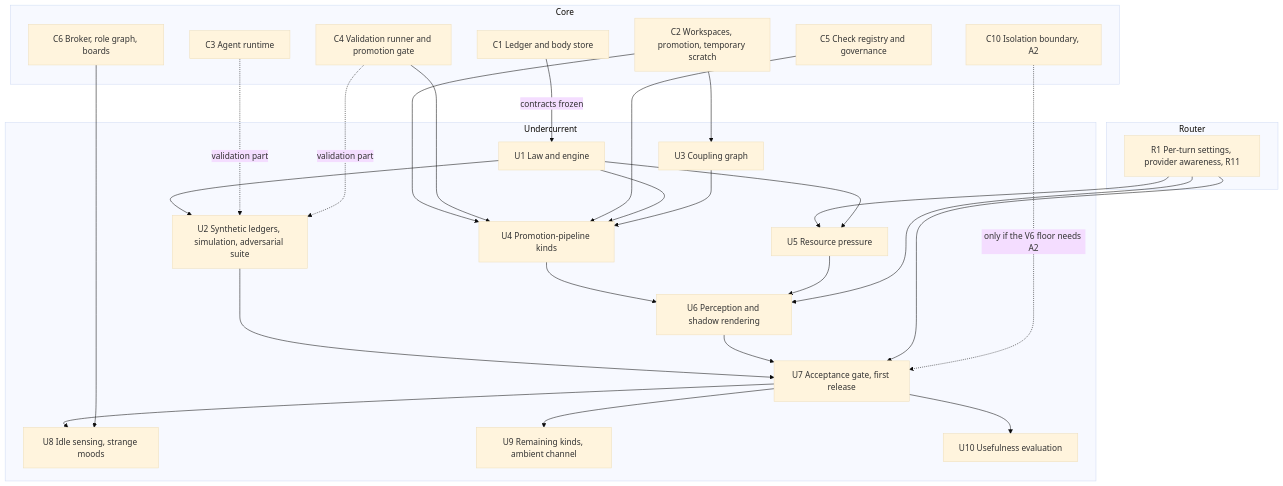
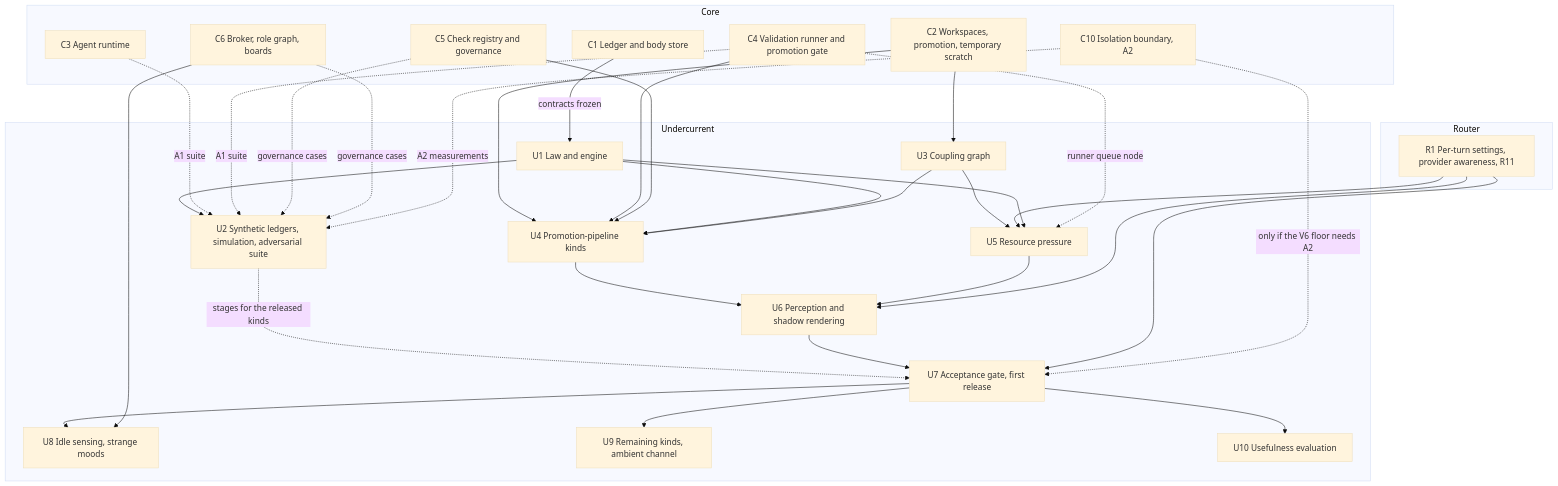
Before and after one commit to Darius-PJ/dwarf-harness: the diagram in docs/ROADMAP-UNDERCURRENT.md, drawn with Mermaid (base theme). The commit also changed other lines of this file and 4 other files, not shown here.

First line of the commit message:
docs: fix cross-roadmap dependencies and stop points found in review

````diff
--- a/docs/ROADMAP-UNDERCURRENT.md
+++ b/docs/ROADMAP-UNDERCURRENT.md
@@ -68,48 +68,53 @@
 ```mermaid
 flowchart TD
   subgraph Core
     C1[C1 Ledger and body store]
     C2[C2 Workspaces, promotion, temporary scratch]
     C3[C3 Agent runtime]
     C4[C4 Validation runner and promotion gate]
     C5[C5 Check registry and governance]
     C6[C6 Broker, role graph, boards]
     C10[C10 Isolation boundary, A2]
   end
   subgraph Router
     R1[R1 Per-turn settings, provider awareness, R11]
   end
   subgraph Undercurrent
     U1[U1 Law and engine] --> U2[U2 Synthetic ledgers, simulation, adversarial suite]
     U3[U3 Coupling graph]
     U4[U4 Promotion-pipeline kinds]
     U5[U5 Resource pressure]
     U6[U6 Perception and shadow rendering]
     U7[U7 Acceptance gate, first release]
     U8[U8 Idle sensing, strange moods]
     U9[U9 Remaining kinds, ambient channel]
     U10[U10 Usefulness evaluation]
   end
   C1 -->|contracts frozen| U1
-  C3 -.->|validation part| U2
-  C4 -.->|validation part| U2
+  C3 -.->|A1 suite| U2
+  C4 -.->|A1 suite| U2
+  C5 -.->|governance cases| U2
+  C6 -.->|governance cases| U2
+  C10 -.->|A2 measurements| U2
   C2 --> U3
   C2 --> U4
   C4 --> U4
   C5 --> U4
   U1 --> U4
   U3 --> U4
+  U3 --> U5
   R1 --> U5
   U1 --> U5
+  C4 -.->|runner queue node| U5
   U4 --> U6
   U5 --> U6
   R1 --> U6
-  U2 --> U7
+  U2 -.->|stages for the released kinds| U7
   U6 --> U7
   R1 --> U7
   C10 -.->|only if the V6 floor needs A2| U7
   U7 --> U8
   C6 --> U8
   U7 --> U9
   U7 --> U10
 ```
````
